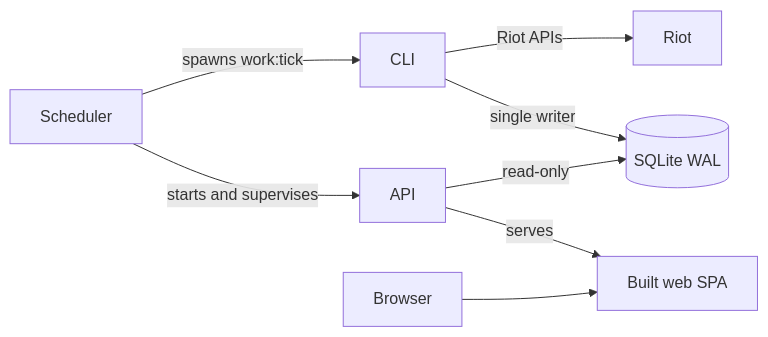
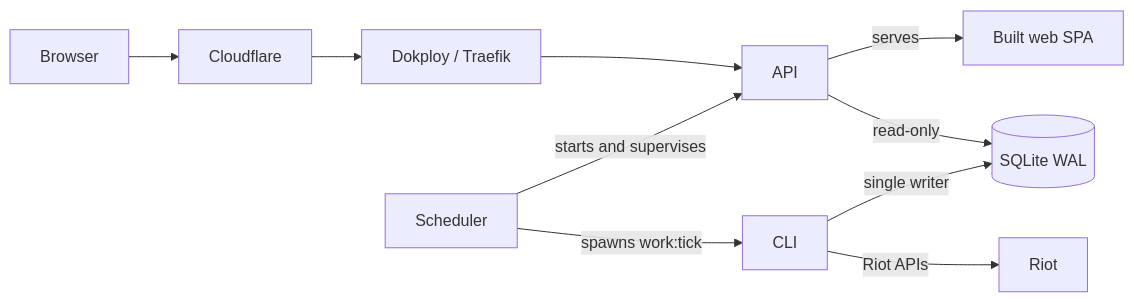
Before and after one commit to teyd/riotid: the diagram in README.md, drawn with Mermaid. The commit also changed other lines of this file and 4 other files, not shown here.

Commit message:
docs: align architecture with current API and scheduler

````diff
--- a/README.md
+++ b/README.md
@@ -42,10 +42,12 @@
 ```mermaid
 flowchart LR
+  U[Browser] --> CF[Cloudflare]
+  CF --> T[Dokploy / Traefik]
+  T --> A[API]
   S[Scheduler] -->|spawns work:tick| C[CLI]
-  S -->|starts and supervises| A[API]
+  S -->|starts and supervises| A
   C -->|Riot APIs| R[Riot]
   C -->|single writer| DB[(SQLite WAL)]
   A -->|read-only| DB
   A -->|serves| W[Built web SPA]
-  U[Browser] --> W
 ```
````
